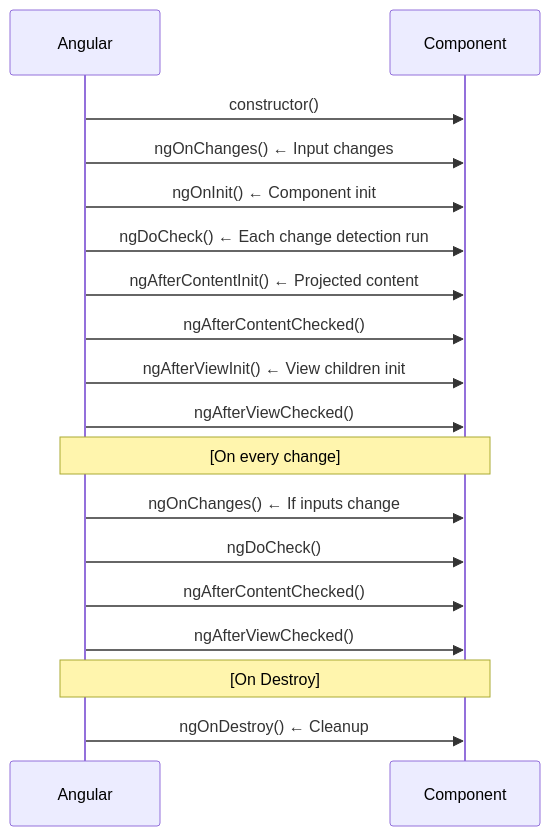
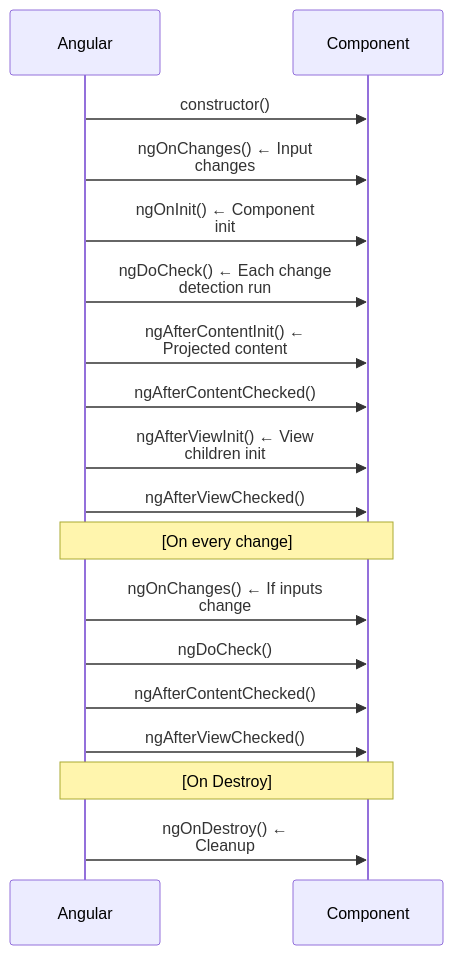
The first of 2 diagrams in 02-Semester-VI/CS-352-MJ-T-Design-Framework/Unit-2.md (amitdevx/TY), drawn with Mermaid before and after one commit. The commit also changed other lines of this file and 65 other files, not shown here.

Commit message:
fix:graph vertical

````diff
--- a/02-Semester-VI/CS-352-MJ-T-Design-Framework/Unit-2.md
+++ b/02-Semester-VI/CS-352-MJ-T-Design-Framework/Unit-2.md
@@ -221,21 +221,21 @@
 ```mermaid
 sequenceDiagram
   participant Angular
   participant Component
 
   Angular->>Component: constructor()
-  Angular->>Component: ngOnChanges() ← Input changes
-  Angular->>Component: ngOnInit() ← Component init
-  Angular->>Component: ngDoCheck() ← Each change detection run
-  Angular->>Component: ngAfterContentInit() ← Projected content
+  Angular->>Component: ngOnChanges() ← Input<br/>changes
+  Angular->>Component: ngOnInit() ← Component<br/>init
+  Angular->>Component: ngDoCheck() ← Each change<br/>detection run
+  Angular->>Component: ngAfterContentInit() ←<br/>Projected content
   Angular->>Component: ngAfterContentChecked()
-  Angular->>Component: ngAfterViewInit() ← View children init
+  Angular->>Component: ngAfterViewInit() ← View<br/>children init
   Angular->>Component: ngAfterViewChecked()
   Note over Angular,Component: [On every change]
-  Angular->>Component: ngOnChanges() ← If inputs change
+  Angular->>Component: ngOnChanges() ← If inputs<br/>change
   Angular->>Component: ngDoCheck()
   Angular->>Component: ngAfterContentChecked()
   Angular->>Component: ngAfterViewChecked()
   Note over Angular,Component: [On Destroy]
-  Angular->>Component: ngOnDestroy() ← Cleanup
+  Angular->>Component: ngOnDestroy() ←<br/>Cleanup
 ```
````
